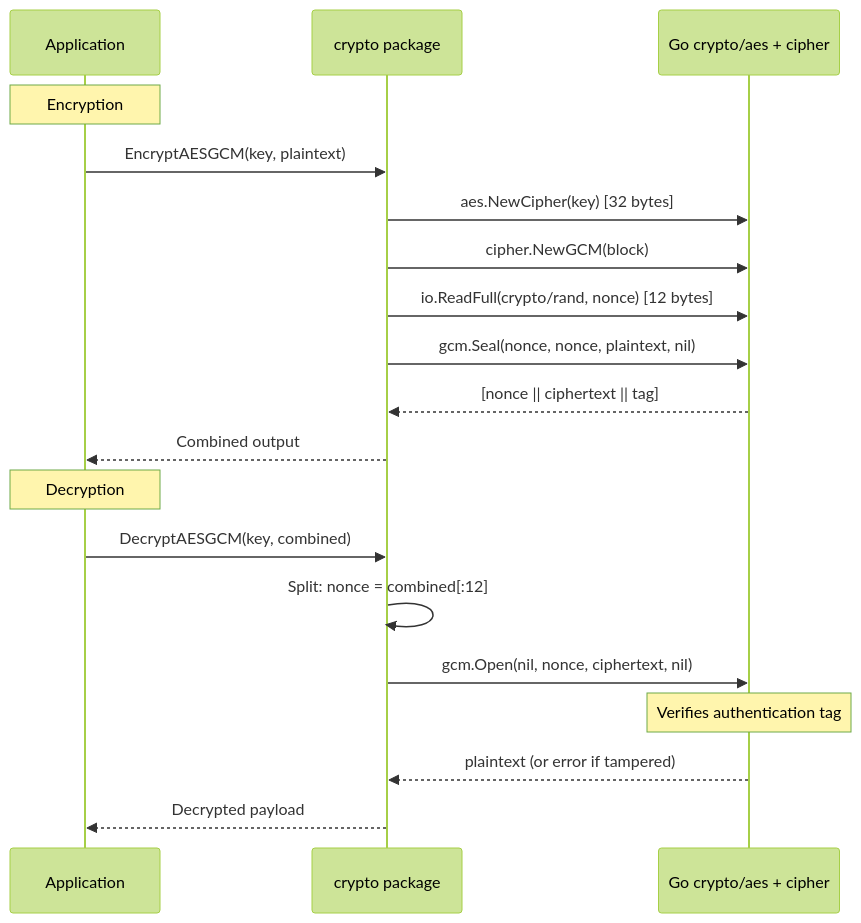
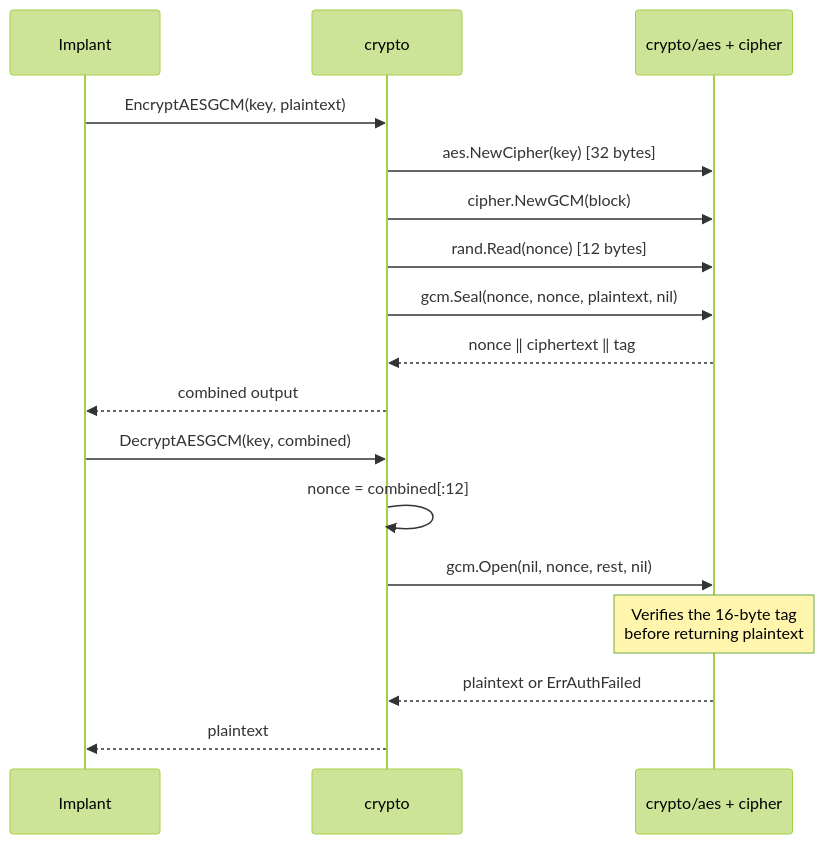
The second of 2 diagrams in docs/techniques/crypto/payload-encryption.md (oioio-space/maldev), drawn with Mermaid (forest theme) before and after one commit. The commit also changed other lines of this file and 11 other files, not shown here.

````diff
--- a/docs/techniques/crypto/payload-encryption.md
+++ b/docs/techniques/crypto/payload-encryption.md
@@ -65,23 +60,21 @@
 ```mermaid
 sequenceDiagram
-    participant App as Application
-    participant Crypto as crypto package
-    participant Stdlib as Go crypto/aes + cipher
+    participant App as Implant
+    participant Pkg as crypto
+    participant Std as crypto/aes + cipher
 
-    Note over App: Encryption
-    App->>Crypto: EncryptAESGCM(key, plaintext)
-    Crypto->>Stdlib: aes.NewCipher(key) [32 bytes]
-    Crypto->>Stdlib: cipher.NewGCM(block)
-    Crypto->>Stdlib: io.ReadFull(crypto/rand, nonce) [12 bytes]
-    Crypto->>Stdlib: gcm.Seal(nonce, nonce, plaintext, nil)
-    Stdlib-->>Crypto: [nonce || ciphertext || tag]
-    Crypto-->>App: Combined output
+    App->>Pkg: EncryptAESGCM(key, plaintext)
+    Pkg->>Std: aes.NewCipher(key)  [32 bytes]
+    Pkg->>Std: cipher.NewGCM(block)
+    Pkg->>Std: rand.Read(nonce)    [12 bytes]
+    Pkg->>Std: gcm.Seal(nonce, nonce, plaintext, nil)
+    Std-->>Pkg: nonce ‖ ciphertext ‖ tag
+    Pkg-->>App: combined output
 
-    Note over App: Decryption
-    App->>Crypto: DecryptAESGCM(key, combined)
-    Crypto->>Crypto: Split: nonce = combined[:12]
-    Crypto->>Stdlib: gcm.Open(nil, nonce, ciphertext, nil)
-    Note over Stdlib: Verifies authentication tag
-    Stdlib-->>Crypto: plaintext (or error if tampered)
-    Crypto-->>App: Decrypted payload
+    App->>Pkg: DecryptAESGCM(key, combined)
+    Pkg->>Pkg: nonce = combined[:12]
+    Pkg->>Std: gcm.Open(nil, nonce, rest, nil)
+    Note over Std: Verifies the 16-byte tag<br/>before returning plaintext
+    Std-->>Pkg: plaintext or ErrAuthFailed
+    Pkg-->>App: plaintext
 ```
````
